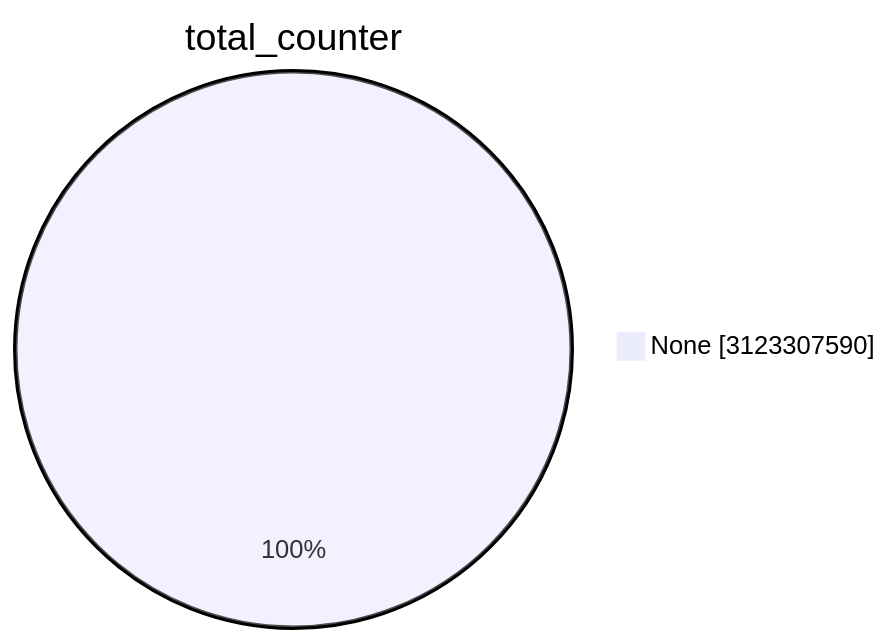
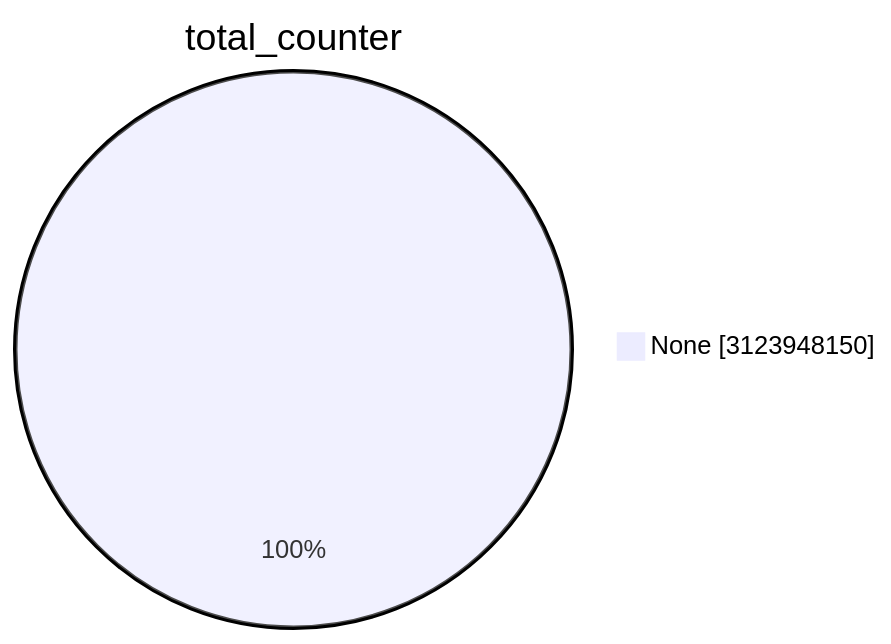
One commit to christiankrug/ctmonitor_visualization changed the first of 15 diagrams in TOTAL/README.md. Above: the diagram before and after it, drawn with Mermaid. The commit also changed other lines of this file, not shown here.

````diff
--- a/TOTAL/README.md
+++ b/TOTAL/README.md
@@ -1,5 +1,5 @@
 ```mermaid
 pie showData
 title total_counter
-"None" :3123307590
+"None" :3123948150
 ```
````
